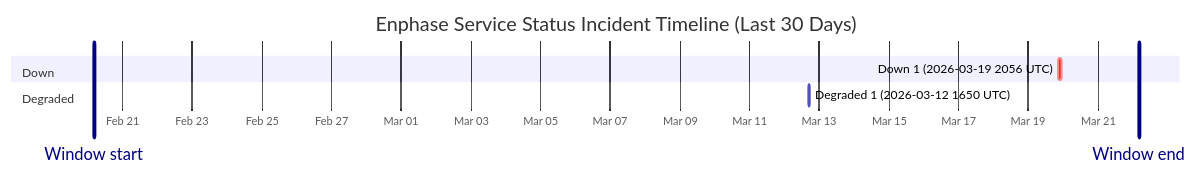
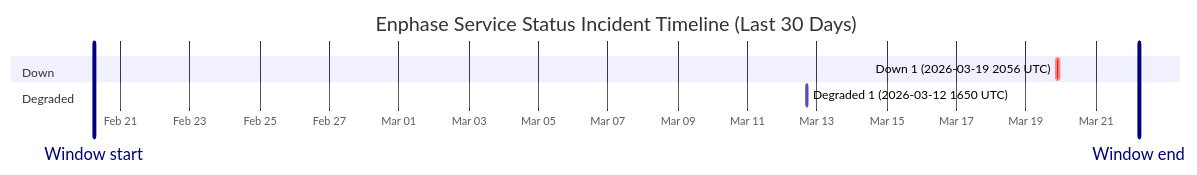
One commit to barneyonline/ha-enphase-ev-charger changed the diagram in wiki/Service-Status-History.md. Above: the diagram before and after it, drawn with Mermaid. The commit also changed other lines of this file and 3 other files, not shown here.

````diff
--- a/wiki/Service-Status-History.md
+++ b/wiki/Service-Status-History.md
@@ -14,12 +14,12 @@
 ```mermaid
 gantt
     title Enphase Service Status Incident Timeline (Last 30 Days)
     dateFormat  YYYY-MM-DDTHH:mm:ss
     axisFormat  %b %d
-    Window start :vert, window-start, 2026-02-20T04:11:00, 0ms
-    Window end :vert, window-end, 2026-03-22T04:11:00, 0ms
+    Window start :vert, window-start, 2026-02-20T05:46:13, 0ms
+    Window end :vert, window-end, 2026-03-22T05:46:13, 0ms
     section Down
     Down 1 (2026-03-19 2056 UTC) :crit, down-1, 2026-03-19T20:56:20, 145m
     section Degraded
     Degraded 1 (2026-03-12 1650 UTC) :active, degraded-1, 2026-03-12T16:50:43, 60m
 ```
````
